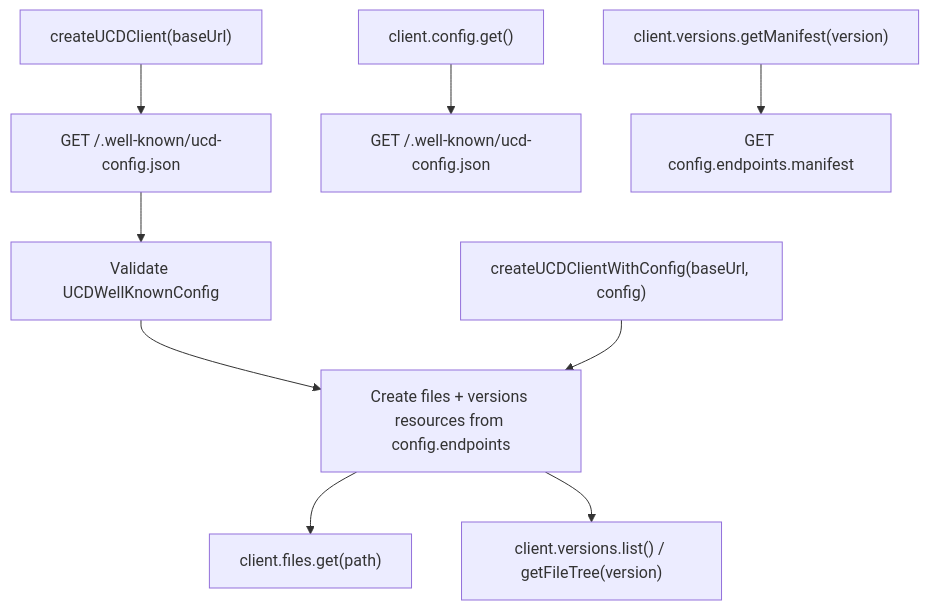
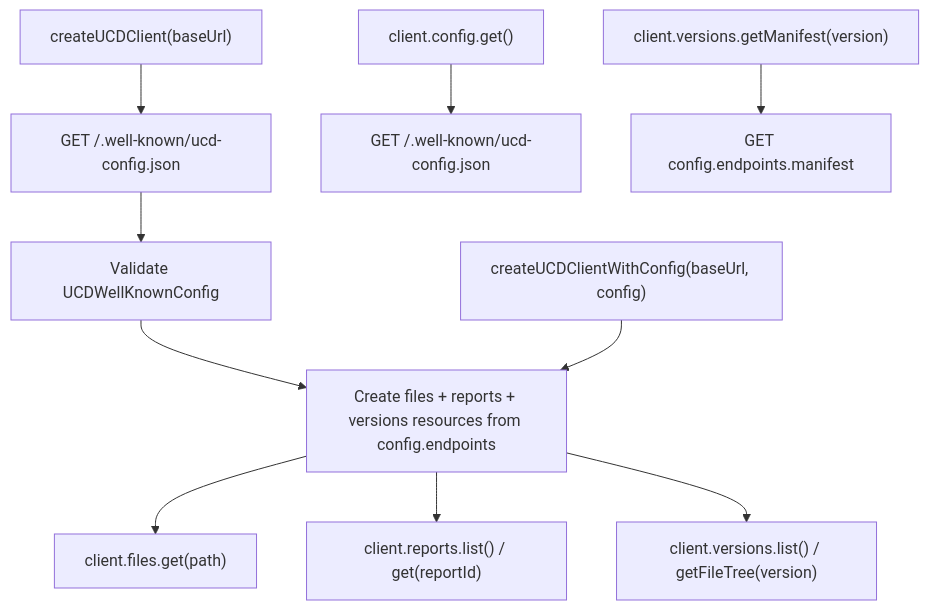
One commit to ucdjs/ucd changed the diagram in apps/docs/content/packages/client.mdx. Above: the diagram before and after it, drawn with Mermaid. The commit also changed other lines of this file and 12 other files, not shown here.

Commit message:
feat(client): add reports resource support

````diff
--- a/apps/docs/content/packages/client.mdx
+++ b/apps/docs/content/packages/client.mdx
@@ -96,14 +98,15 @@
 ```mermaid
 flowchart TD
   A["createUCDClient(baseUrl)"] --> B["GET /.well-known/ucd-config.json"]
   B --> C["Validate UCDWellKnownConfig"]
-  C --> D["Create files + versions resources from config.endpoints"]
+  C --> D["Create files + reports + versions resources from config.endpoints"]
 
   E["createUCDClientWithConfig(baseUrl, config)"] --> D
 
   D --> F["client.files.get(path)"]
-  D --> G["client.versions.list() / getFileTree(version)"]
+  D --> G["client.reports.list() / get(reportId)"]
+  D --> H["client.versions.list() / getFileTree(version)"]
 
-  H["client.config.get()"] --> I["GET /.well-known/ucd-config.json"]
-  J["client.versions.getManifest(version)"] --> K["GET config.endpoints.manifest"]
+  I["client.config.get()"] --> J["GET /.well-known/ucd-config.json"]
+  K["client.versions.getManifest(version)"] --> L["GET config.endpoints.manifest"]
 ```
````
